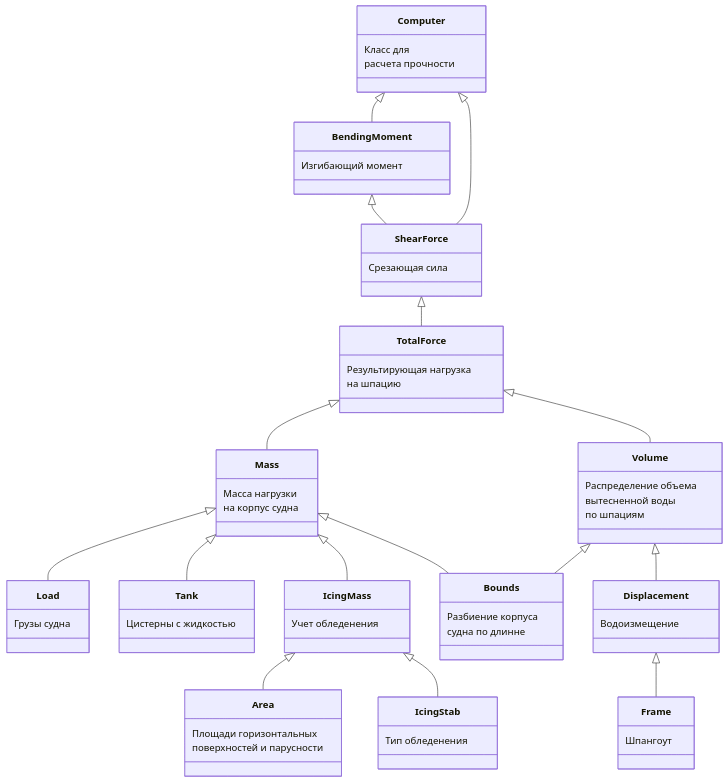
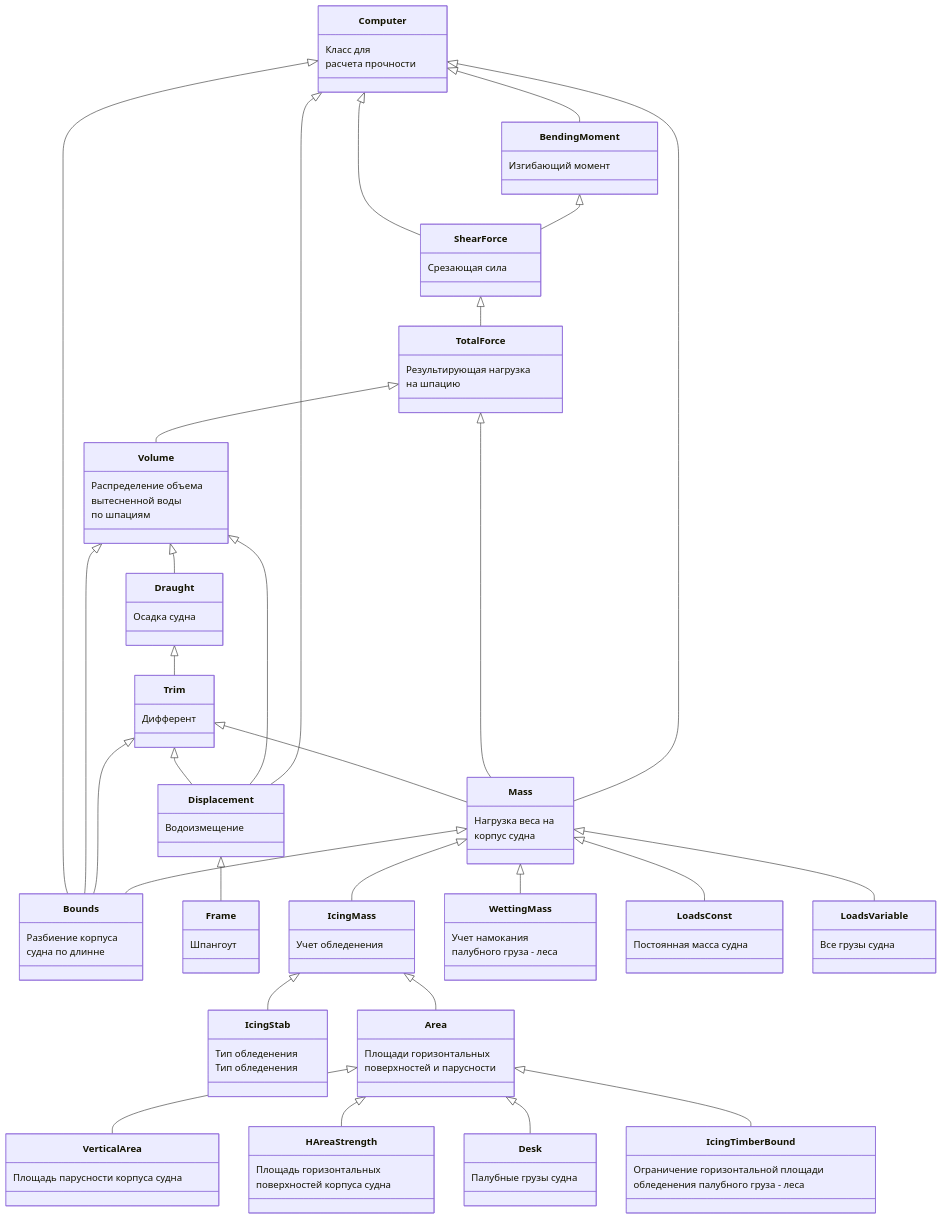
The first of 2 diagrams in README.md (a-givertzman/sss-computing-strength), drawn with Mermaid before and after one commit. The commit also changed other lines of this file, not shown here.

````diff
--- a/README.md
+++ b/README.md
@@ -37,15 +33,9 @@
         Результирующая нагрузка
         на шпацию
     }
-    class Mass{
-        Масса нагрузки 
-        на корпус судна
-    }
-    class Load{
-        Грузы судна
-    }
-    class Tank{
-        Цистерны с жидкостью
+    class Mass{   
+        Нагрузка веса на
+        корпус судна
     }
     class Volume{
         Распределение объема
@@ -59,11 +49,37 @@
     class Displacement{        
         Водоизмещение
     }
+    class Draught{
+        Осадка судна
+    }
+    class Trim{   
+        Дифферент
+    } 
     class Frame{  
         Шпангоут
     }
     class IcingMass{
         Учет обледенения
+    }
+    class IcingStab{   
+        Тип обледенения
+    }
+    class IcingTimberBound{   
+        Ограничение горизонтальной площади 
+        обледенения палубного груза - леса
+    }
+    class WettingMass{
+        Учет намокания 
+        палубного груза - леса
+    }
+    class LoadsConst{
+        Постоянная масса судна
+    }
+    class LoadsVariable{
+        Все грузы судна
+    }
+    class Desk{   
+        Палубные грузы судна
     }
     class IcingStab{
         Тип обледенения
@@ -72,20 +88,40 @@
         Площади горизонтальных
         поверхностей и парусности
     }
+    class HAreaStrength{   
+        Площадь горизонтальных
+        поверхностей корпуса судна
+    }
+    class VerticalArea{   
+        Площадь парусности корпуса судна
+    }
 
-    Computer <|-- BendingMoment    
-    Computer <|-- ShearForce   
-    BendingMoment <|-- ShearForce
-    ShearForce <|-- TotalForce
-    TotalForce <|-- Mass
-    TotalForce <|-- Volume       
-    Mass <|-- Load
-    Mass <|-- Tank
-    Mass <|-- IcingMass 
-    Mass <|-- Bounds
-    Volume <|-- Bounds
-    Volume <|-- Displacement
-    Displacement <|-- Frame
-    IcingMass <|-- Area   
-    IcingMass <|-- IcingStab
+    Computer <|-- Mass
+            Mass <|-- IcingMass 
+                IcingMass <|-- Area
+                    Area <|-- VerticalArea
+                    Area <|-- HAreaStrength
+                    Area <|-- Desk  
+                    Area <|-- IcingTimberBound   
+                IcingMass <|-- IcingStab
+            Mass <|-- WettingMass
+            Mass <|-- Bounds
+            Mass <|-- LoadsConst
+            Mass <|-- LoadsVariable  
+    Computer <|-- Displacement
+        Displacement <|-- Frame 
+    Computer <|-- BendingMoment   
+        BendingMoment <|-- ShearForce     
+    Computer <|-- ShearForce
+        ShearForce <|-- TotalForce
+            TotalForce <|-- Mass
+            TotalForce <|-- Volume  
+                Volume <|-- Displacement
+                Volume <|-- Draught
+                    Draught <|-- Trim
+                        Trim <|-- Mass
+                        Trim <|-- Displacement
+                        Trim <|-- Bounds
+                Volume <|-- Bounds
+    Computer <|-- Bounds
 ```
````
